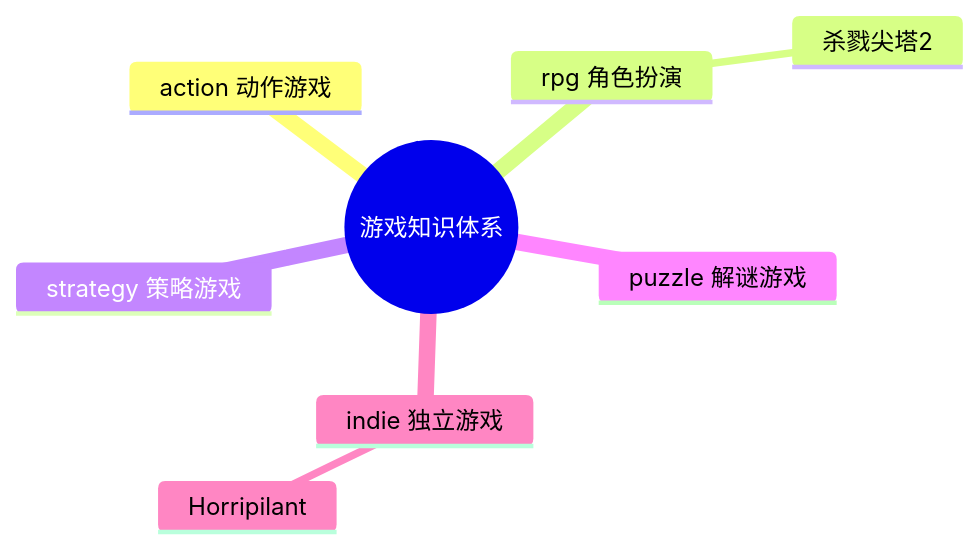
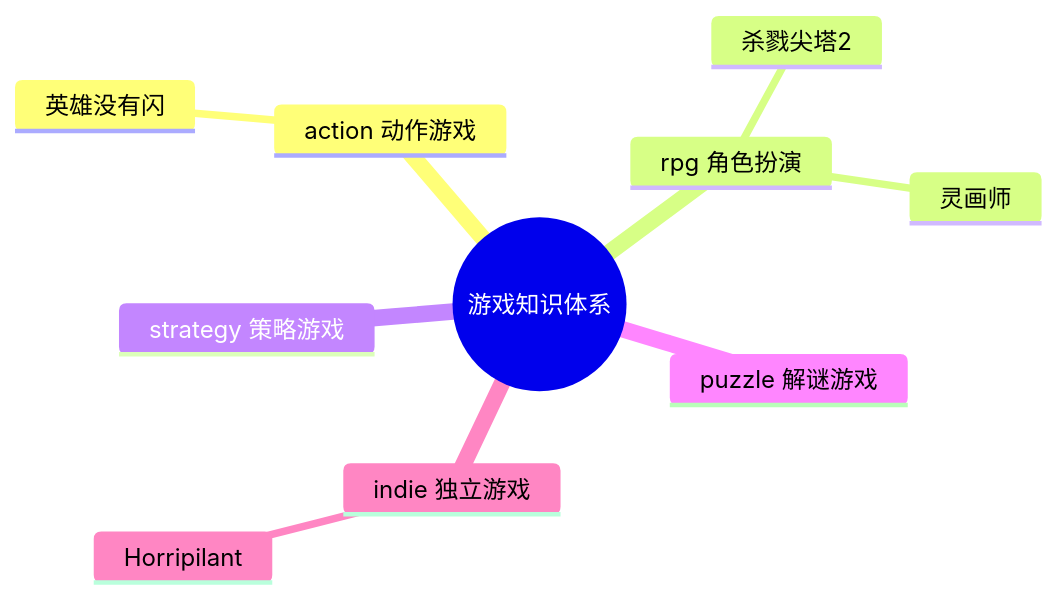
Before and after one commit to hongyesuifeng/readbooks: the diagram in games/游戏知识图谱.md, drawn with Mermaid. The commit also changed other lines of this file and 3 other files, not shown here.

````diff
--- a/games/游戏知识图谱.md
+++ b/games/游戏知识图谱.md
@@ -9,11 +9,13 @@
 ```mermaid
 mindmap
   root((游戏知识体系))
     action 动作游戏
+      英雄没有闪
     rpg 角色扮演
       杀戮尖塔2
+      灵画师
     strategy 策略游戏
     puzzle 解谜游戏
     indie 独立游戏
       Horripilant
 ```
````
